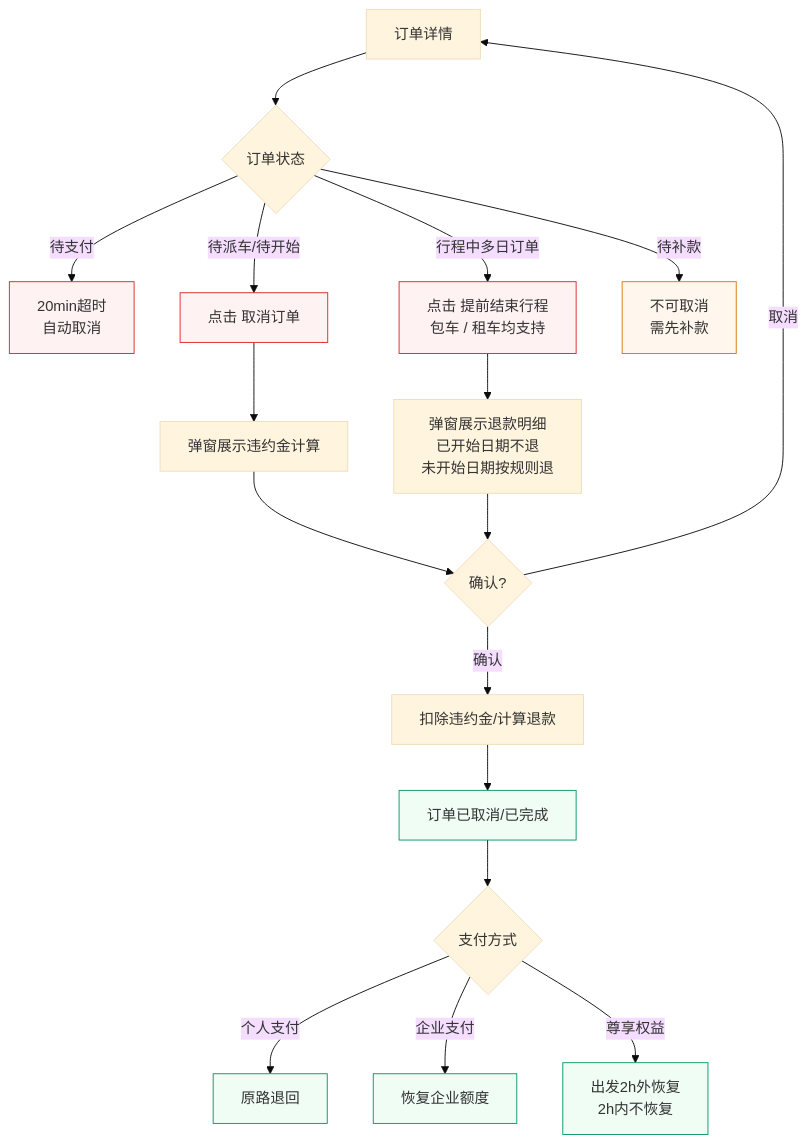
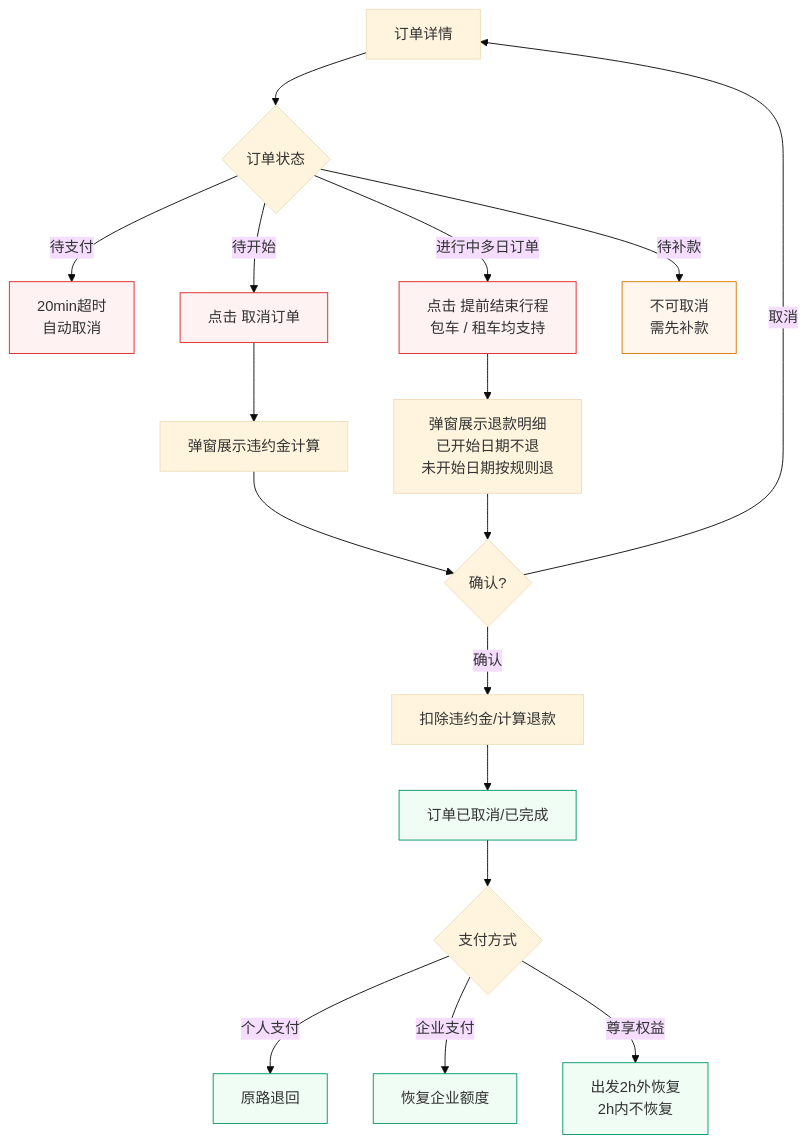
The fourth of 4 diagrams in 乘客端需求规格说明.md (klayhuzhenx/zunchuxing), drawn with Mermaid (base theme) before and after one commit. The commit also changed other lines of this file and 84 other files, not shown here.

````diff
--- a/乘客端需求规格说明.md
+++ b/乘客端需求规格说明.md
@@ -1186,27 +1182,27 @@
 ```mermaid
 flowchart TD
     A[订单详情] --> B{订单状态}
     B --> |待支付| C[20min超时<br/>自动取消]
-    B --> |待派车/待开始| D[点击 取消订单]
-    B --> |行程中多日订单| E[点击 提前结束行程<br/>包车 / 租车均支持]
+    B --> |待开始| D[点击 取消订单]
+    B --> |进行中多日订单| E[点击 提前结束行程<br/>包车 / 租车均支持]
     B --> |待补款| F[不可取消<br/>需先补款]
     
     D --> G[弹窗展示违约金计算]
     E --> H[弹窗展示退款明细<br/>已开始日期不退<br/>未开始日期按规则退]
     G --> I{确认?}
     H --> I
     I --> |确认| J[扣除违约金/计算退款]
     I --> |取消| A
     J --> K[订单已取消/已完成]
     K --> L{支付方式}
     L --> |个人支付| M[原路退回]
     L --> |企业支付| N[恢复企业额度]
     L --> |尊享权益| O[出发2h外恢复<br/>2h内不恢复]
 
     classDef cancel fill:#fef2f2,stroke:#dc2626
     classDef warn fill:#fff7ed,stroke:#d97706
     classDef ok fill:#f0fdf4,stroke:#059669
     class C,D,E cancel
     class F warn
     class K,M,N,O ok
 ```
````
